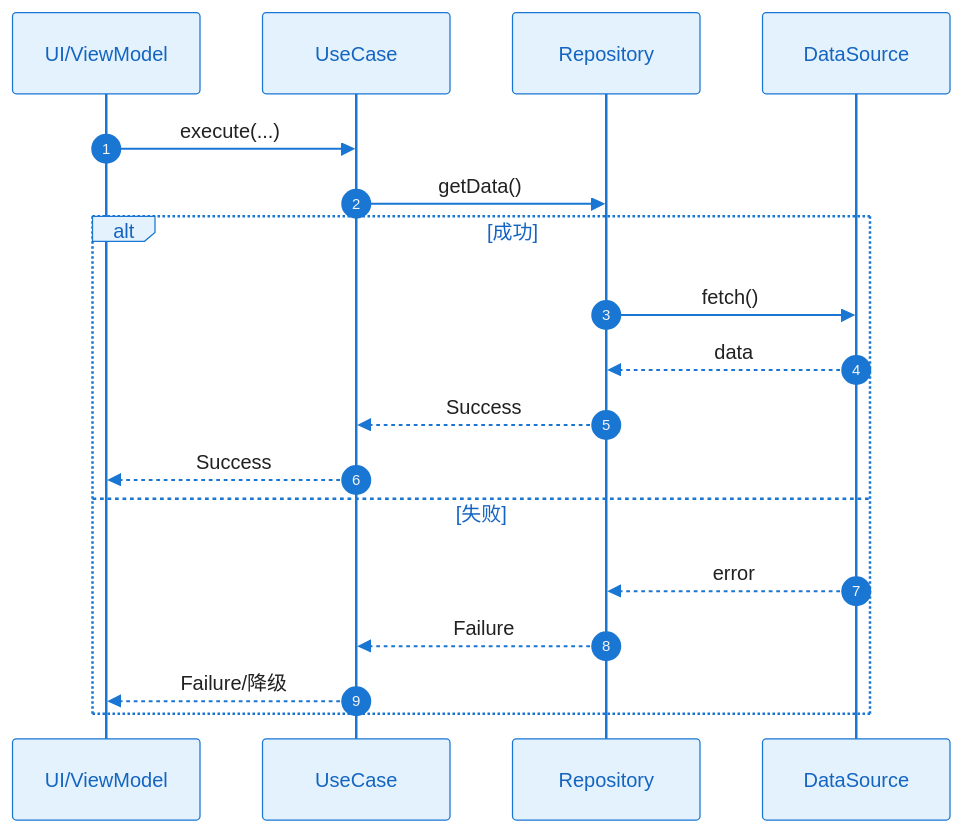
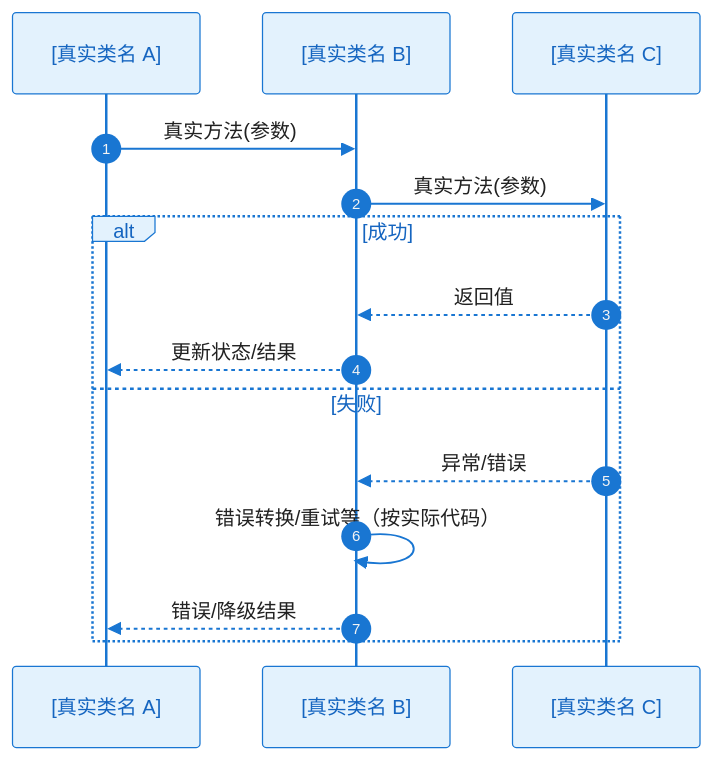
Before and after one commit to jackykarma/Verity: the ninth of 10 diagrams in .specify/templates/epic-design-doc-template.md, drawn with Mermaid. The commit also changed other lines of this file, not shown here.

````diff
--- a/.specify/templates/epic-design-doc-template.md
+++ b/.specify/templates/epic-design-doc-template.md
@@ -414,21 +506,18 @@
 ```mermaid
 %%{init: {'theme': 'base', 'themeVariables': { 'actorBkg': '#E3F2FD', 'actorBorder': '#1976D2', 'actorTextColor': '#1565C0', 'signalColor': '#1976D2', 'signalTextColor': '#212121', 'noteBkgColor': '#FFF8E1', 'noteBorderColor': '#FFC107'}}}%%
 sequenceDiagram
   autonumber
-  participant UI as UI/ViewModel
-  participant UC as UseCase
-  participant Repo as Repository
-  participant DS as DataSource
-  UI->>UC: execute(...)
-  UC->>Repo: getData()
+  participant A as [真实类名 A]
+  participant B as [真实类名 B]
+  participant C as [真实类名 C]
+  A->>B: 真实方法(参数)
+  B->>C: 真实方法(参数)
   alt 成功
-    Repo->>DS: fetch()
-    DS-->>Repo: data
-    Repo-->>UC: Success
-    UC-->>UI: Success
+    C-->>B: 返回值
+    B-->>A: 更新状态/结果
   else 失败
-    DS-->>Repo: error
-    Repo-->>UC: Failure
-    UC-->>UI: Failure/降级
+    C-->>B: 异常/错误
+    B->>B: 错误转换/重试等（按实际代码）
+    B-->>A: 错误/降级结果
   end
 ```
````
